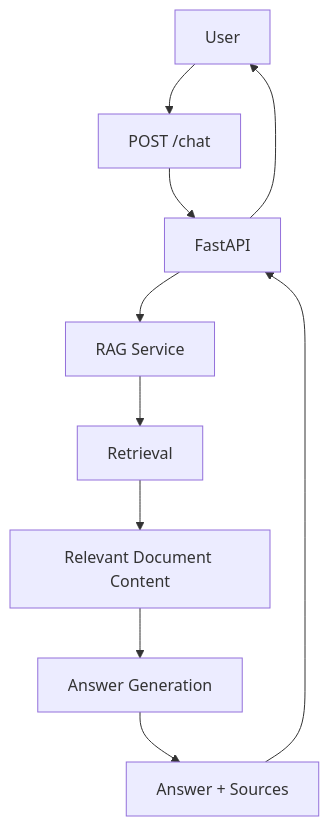
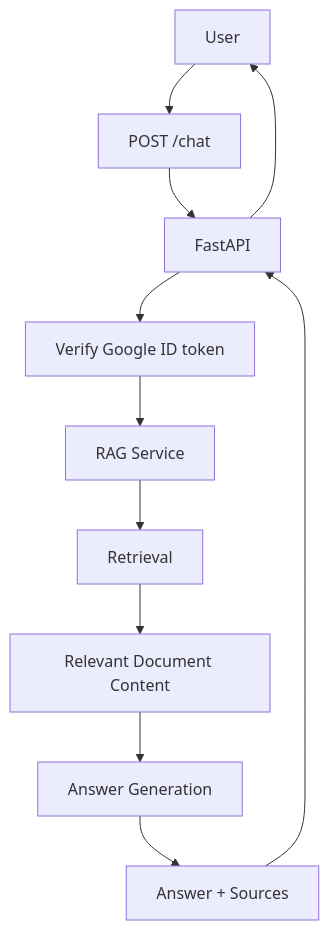
The diagram in docs/technical/backend.md (kaushanj/medrep-ai), drawn with Mermaid before and after one commit. The commit also changed other lines of this file and 6 other files, not shown here.

Commit message:
Require Google ID token auth on POST /chat so unauthenticated callers cannot reach RAG.

````diff
--- a/docs/technical/backend.md
+++ b/docs/technical/backend.md
@@ -41,12 +41,13 @@
 ```mermaid
 flowchart TD
     A[User] --> B[POST /chat]
     B --> C[FastAPI]
-    C --> D[RAG Service]
+    C --> AUTH[Verify Google ID token]
+    AUTH --> D[RAG Service]
     D --> E[Retrieval]
     E --> F[Relevant Document Content]
     F --> G[Answer Generation]
     G --> H[Answer + Sources]
     H --> C
     C --> A
 ```
````
